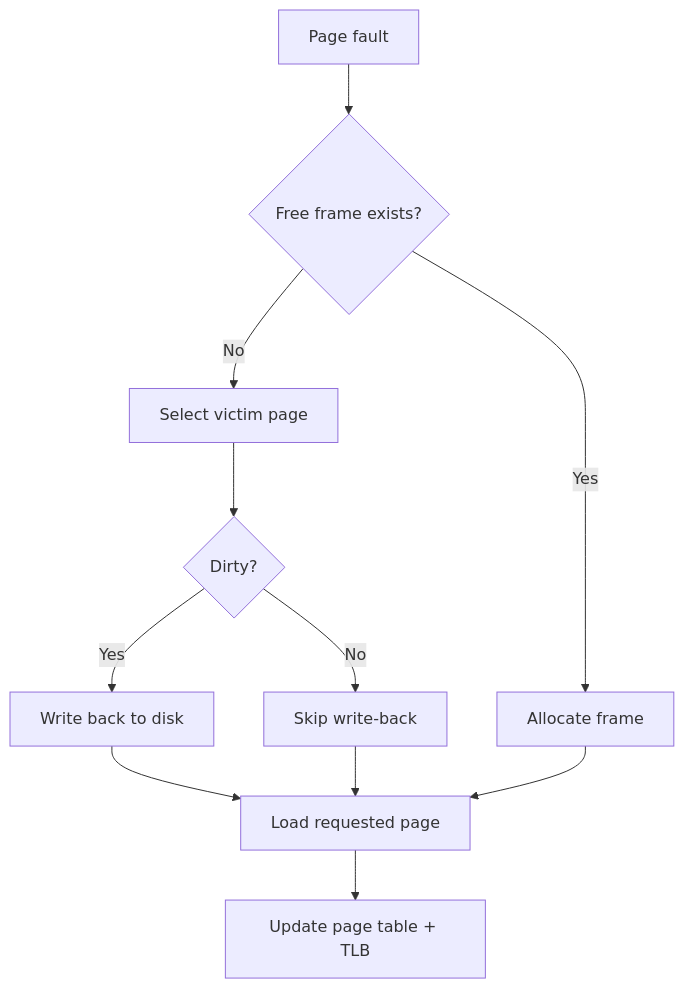
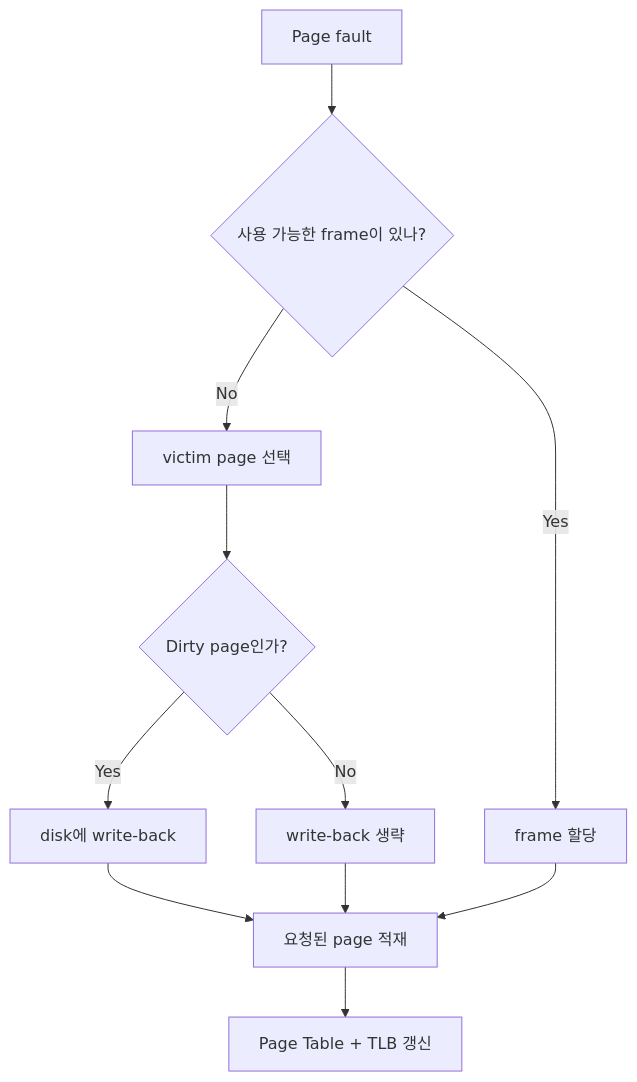
One commit to mandoobox/mandoobox.github.io changed diagram 16 of 37 in _posts/cs-note/2026-02-27-os.md. Above: the diagram before and after it, drawn with Mermaid. The commit also changed other lines of this file and 18 other files, not shown here.

````diff
--- a/_posts/cs-note/2026-02-27-os.md
+++ b/_posts/cs-note/2026-02-27-os.md
@@ -466,13 +472,13 @@
 ```mermaid
 flowchart TD
-  A[Page fault] --> B{Free frame exists?}
-  B -->|Yes| C[Allocate frame]
-  B -->|No| D[Select victim page]
-  D --> E{Dirty?}
-  E -->|Yes| F[Write back to disk]
-  E -->|No| G["Skip write-back"]
-  F --> H[Load requested page]
+  A[Page fault] --> B{사용 가능한 frame이 있나?}
+  B -->|Yes| C[frame 할당]
+  B -->|No| D[victim page 선택]
+  D --> E{Dirty page인가?}
+  E -->|Yes| F[disk에 write-back]
+  E -->|No| G["write-back 생략"]
+  F --> H[요청된 page 적재]
   G --> H
   C --> H
-  H --> I["Update page table + TLB"]
+  H --> I["Page Table + TLB 갱신"]
 ```
````
